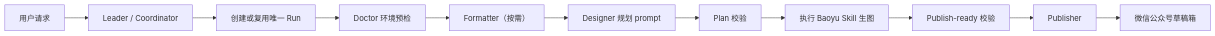
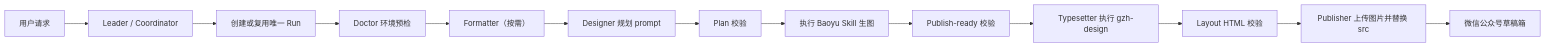
Before and after one commit to qiangjiyi/wechat-pipeline: the diagram in README.md, drawn with Mermaid. The commit also changed other lines of this file and 49 other files, not shown here.

First line of the commit message:
feat(pipeline): add gzh-design article typesetting

````diff
--- a/README.md
+++ b/README.md
@@ -277,13 +280,15 @@
 ```mermaid
 flowchart LR
     U["用户请求"] --> L["Leader / Coordinator"]
     L --> R["创建或复用唯一 Run"]
     R --> D["Doctor 环境预检"]
     D --> F["Formatter（按需）"]
     F --> P1["Designer 规划 prompt"]
     P1 --> V1["Plan 校验"]
     V1 --> G["执行 Baoyu Skill 生图"]
     G --> V2["Publish-ready 校验"]
-    V2 --> P2["Publisher"]
+    V2 --> T["Typesetter 执行 gzh-design"]
+    T --> LV["Layout HTML 校验"]
+    LV --> P2["Publisher 上传图片并替换 src"]
     P2 --> W["微信公众号草稿箱"]
 ```
````
